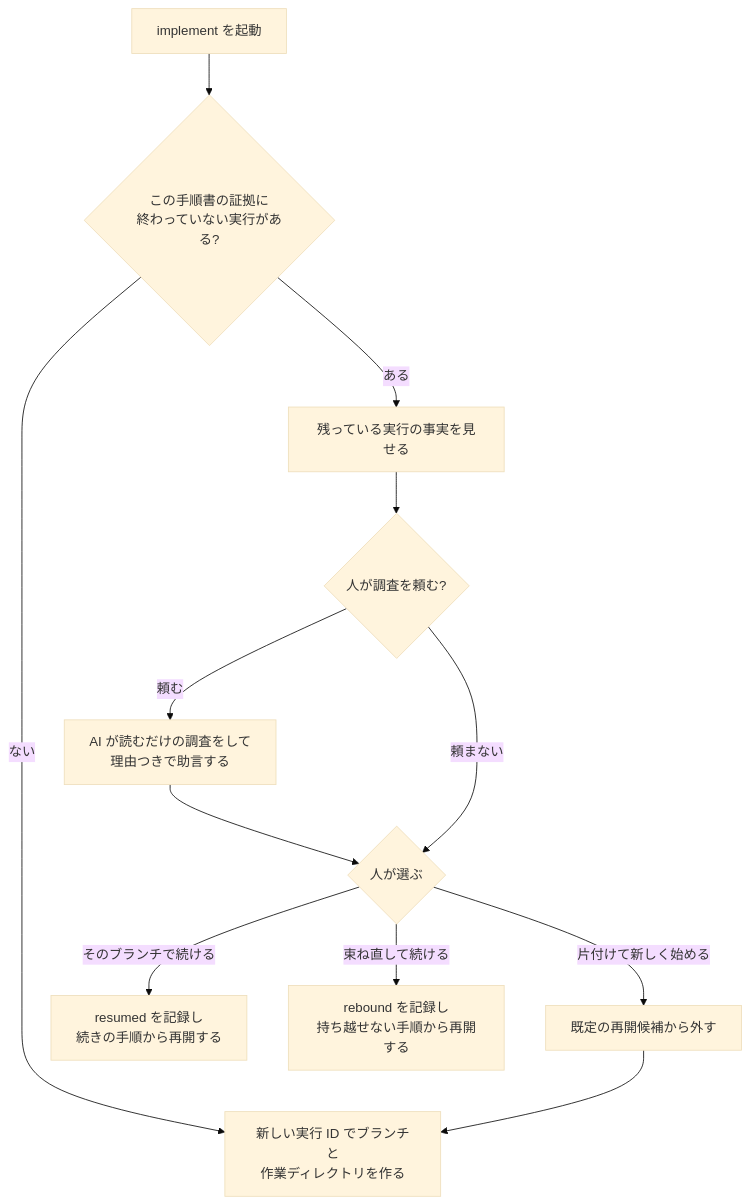
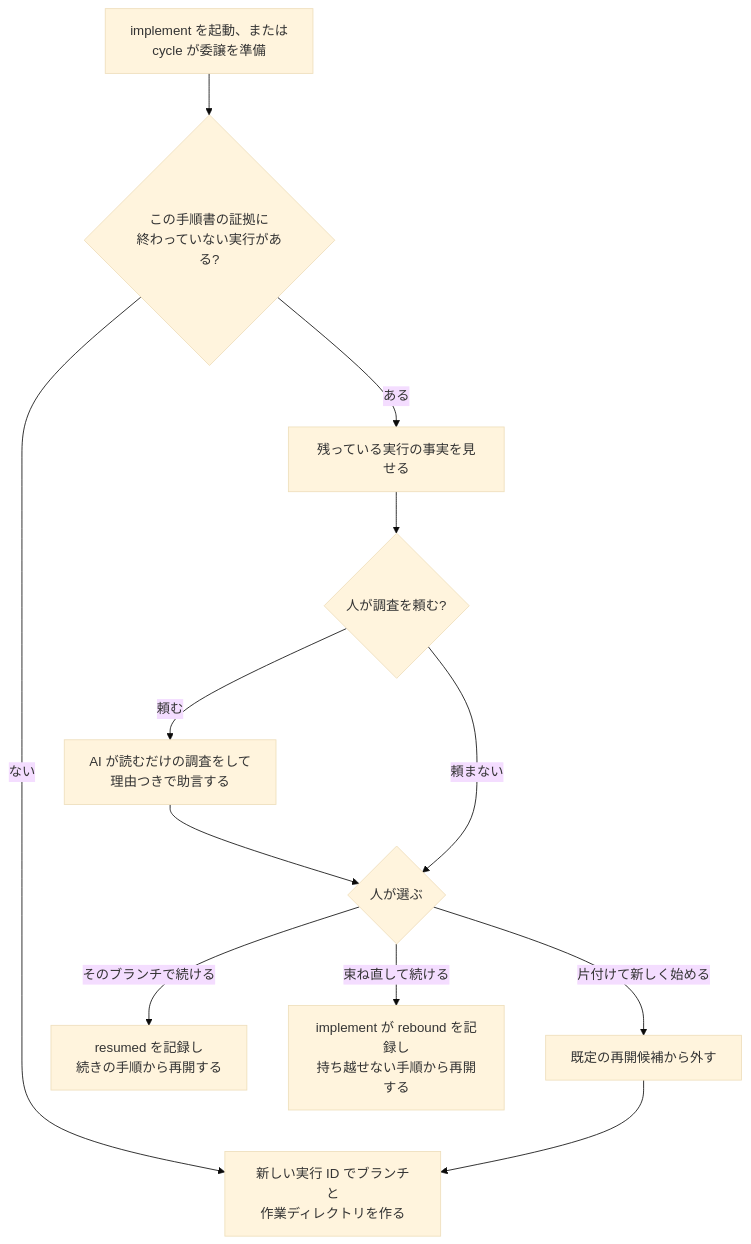
One commit to ba0918/agentic-workflow changed the diagram in docs/spec/implement.md. Above: the diagram before and after it, drawn with Mermaid (base theme). The commit also changed other lines of this file and 7 other files, not shown here.

````diff
--- a/docs/spec/implement.md
+++ b/docs/spec/implement.md
@@ -121,14 +126,14 @@
 ```mermaid
 flowchart TD
-    S[implement を起動] --> Q{この手順書の証拠に<br>終わっていない実行がある?}
+    S[implement を起動、または<br>cycle が委譲を準備] --> Q{この手順書の証拠に<br>終わっていない実行がある?}
     Q -- ない --> N[新しい実行 ID でブランチと<br>作業ディレクトリを作る]
     Q -- ある --> Show[残っている実行の事実を見せる]
     Show --> I{人が調査を頼む?}
     I -- 頼む --> Inv[AI が読むだけの調査をして<br>理由つきで助言する]
     Inv --> H
     I -- 頼まない --> H{人が選ぶ}
     H -- そのブランチで続ける --> R[resumed を記録し<br>続きの手順から再開する]
-    H -- 束ね直して続ける --> RB[rebound を記録し<br>持ち越せない手順から再開する]
+    H -- 束ね直して続ける --> RB[implement が rebound を記録し<br>持ち越せない手順から再開する]
     H -- 片付けて新しく始める --> Retire[既定の再開候補から外す]
     Retire --> N
 ```
````
